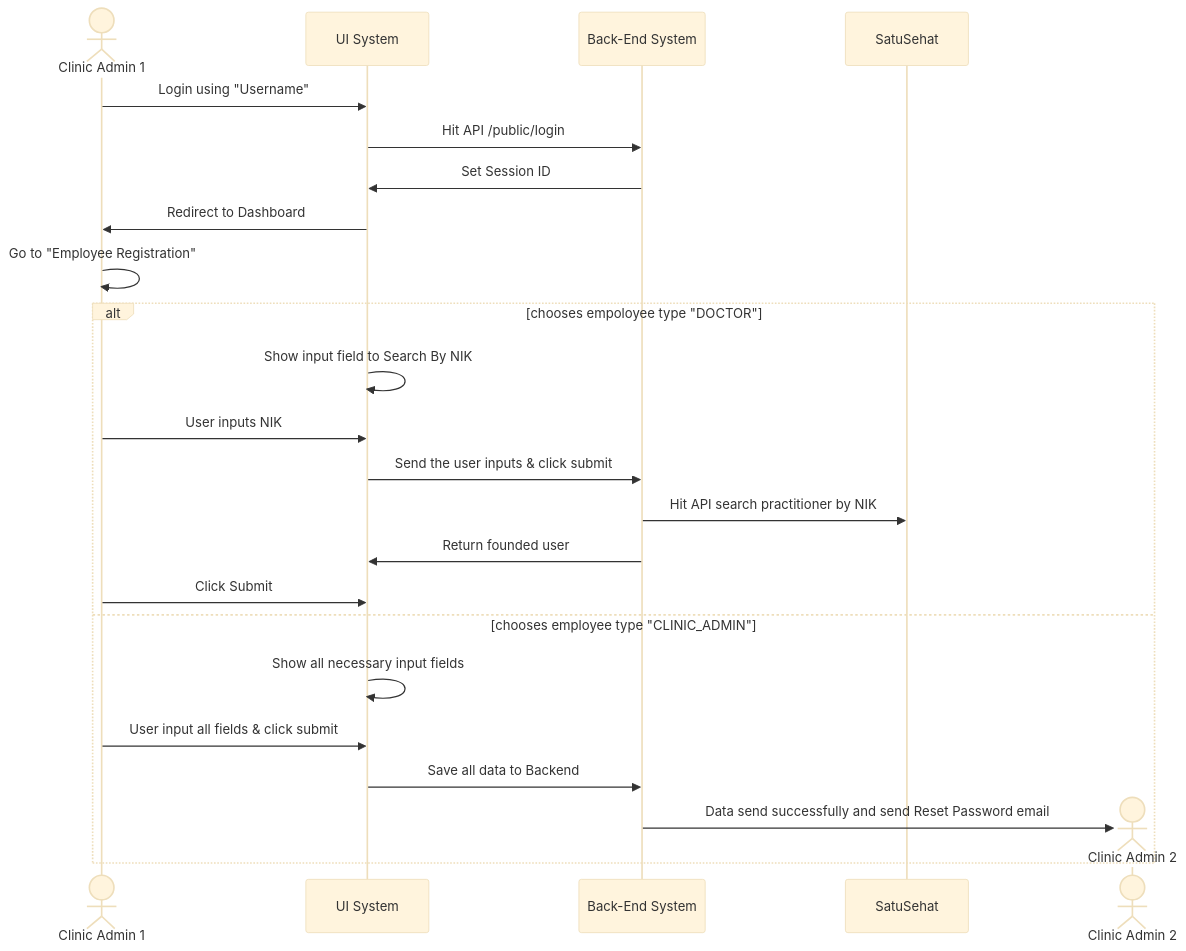
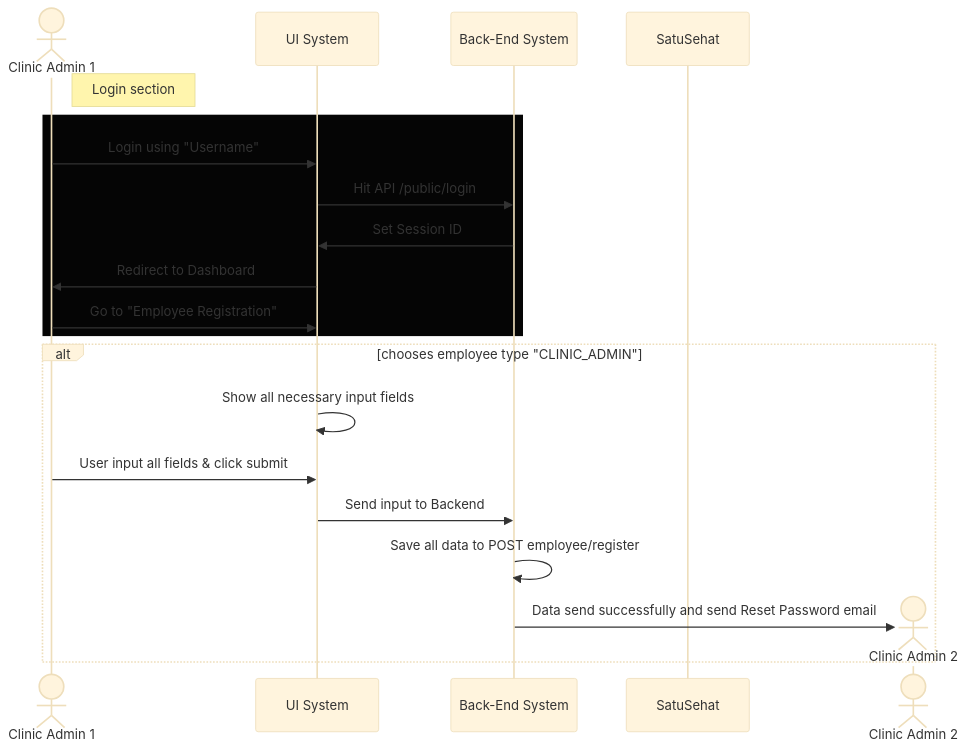
Before and after one commit to acemint/x-admin-backend: the second of 3 diagrams in docs/user-flow.md, drawn with Mermaid (base theme). The commit also changed other lines of this file, not shown here.

Commit message:
docs: revamp user flow

````diff
--- a/docs/user-flow.md
+++ b/docs/user-flow.md
@@ -24,29 +23,35 @@
 ```mermaid
 sequenceDiagram
     actor C1 as Clinic Admin 1
     participant UIS as UI System 
     participant BES as Back-End System 
     participant SS as SatuSehat
     
-    C1 ->> UIS: Login using "Username"
-    UIS ->> BES: Hit API /public/login
-    BES ->> UIS: Set Session ID
-    UIS ->> C1: Redirect to Dashboard
-    C1 ->> C1: Go to "Employee Registration"
-    alt chooses empoloyee type "DOCTOR"
-        UIS ->> UIS: Show input field to Search By NIK
-        C1 ->> UIS: User inputs NIK
-        UIS ->> BES: Send the user inputs & click submit
-        BES ->> SS: Hit API search practitioner by NIK
-        BES ->> UIS: Return founded user
-        C1 ->> UIS: Click Submit
-    else chooses employee type "CLINIC_ADMIN"
+    note right of C1: Login section
+    rect rgb(5, 5, 5)
+        C1 ->> UIS: Login using "Username"
+        UIS ->> BES: Hit API /public/login
+        BES ->> UIS: Set Session ID
+        UIS ->> C1: Redirect to Dashboard
+        C1 ->> UIS: Go to "Employee Registration"
+    end
+
+    %% DEPRECATED FLOW
+    %% alt chooses empoloyee type "DOCTOR"
+    %%    UIS ->> UIS: Show input field to Search By NIK
+    %%    C1 ->> UIS: User inputs NIK
+    %%    UIS ->> BES: Send the user inputs & click submit
+    %%    BES ->> SS: Hit API search practitioner by NIK
+    %%    BES ->> UIS: Return founded user from SatuSehat
+    %%    C1 ->> UIS: Click Submit
+    alt chooses employee type "CLINIC_ADMIN"
         UIS ->> UIS: Show all necessary input fields
         C1 ->> UIS: User input all fields & click submit
-        UIS ->> BES: Save all data to Backend
+        UIS ->> BES: Send input to Backend
+        BES ->> BES: Save all data to POST employee/register
         
         create actor C2 as Clinic Admin 2
             BES ->> C2: Data send successfully and send Reset Password email
         destroy C2
     end
 ```
````
